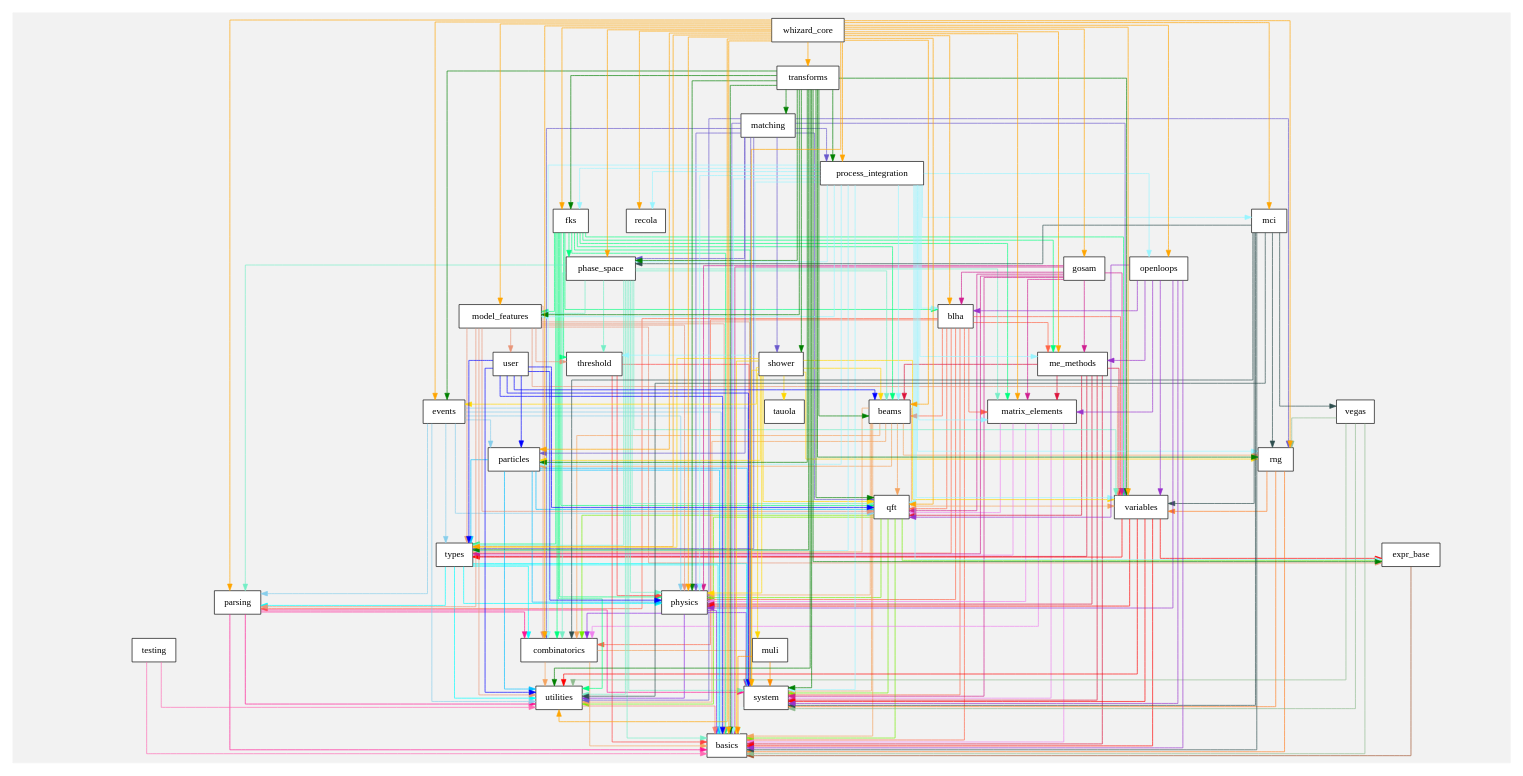
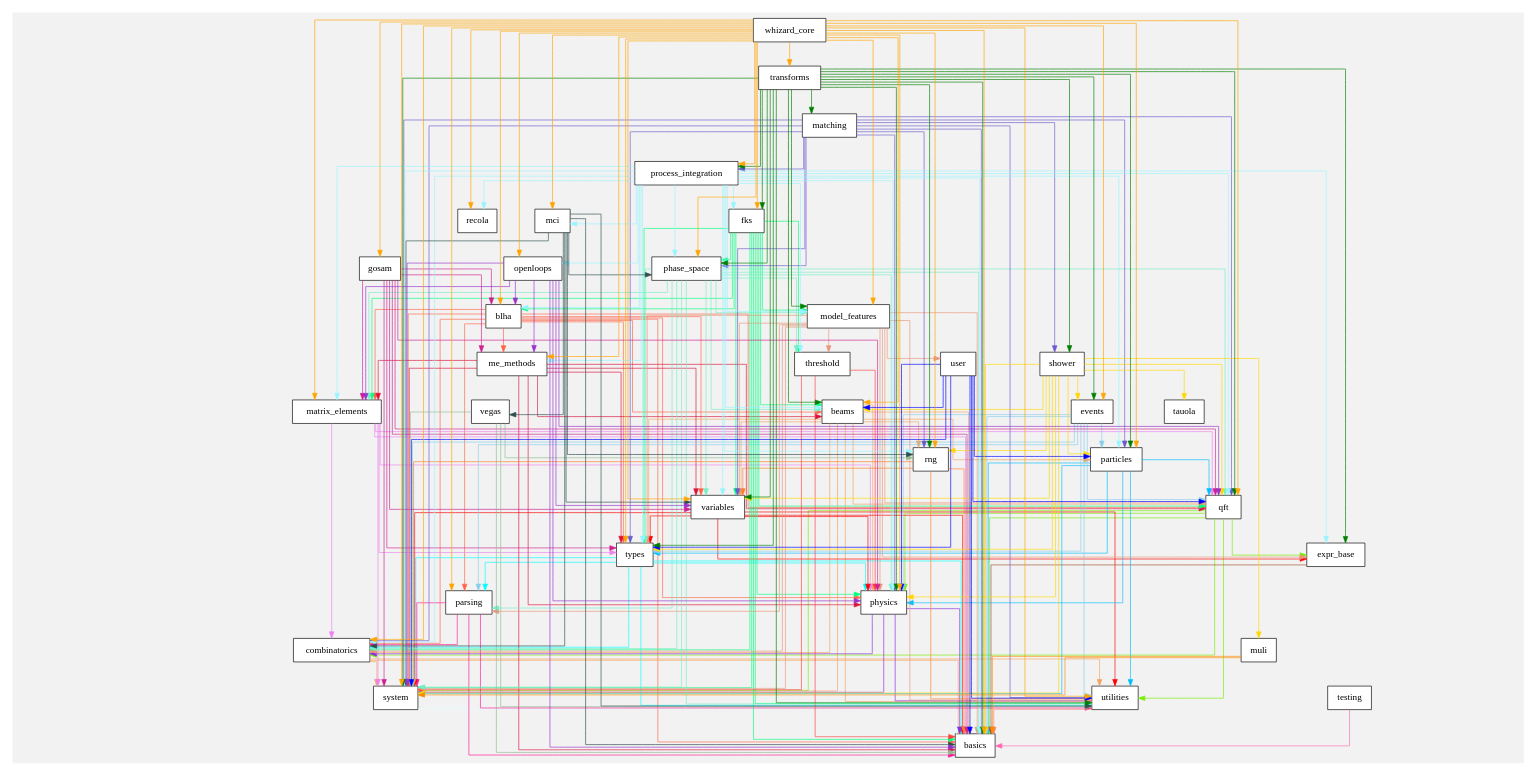
One commit to bendavid/whizard changed the diagram in share/doc/overview.dot. Above: the diagram before and after it, drawn with Graphviz. The commit also changed 1112 other files, not shown here.

```diff
--- a/share/doc/overview.dot
+++ b/share/doc/overview.dot
@@ -67,15 +67,14 @@
  color=gray95 
 edge[color=springgreen]
 fks -> beams
-fks -> model_features
 fks -> utilities
+fks -> blha
 fks -> threshold
 fks -> matrix_elements
-fks -> me_methods
 fks -> physics
 fks -> system
-fks -> blha
 fks -> variables
+fks -> model_features
 fks -> phase_space
 fks -> types
 fks -> basics
@@ -288,6 +287,7 @@
 rng -> variables
 rng -> basics
 rng -> system
+rng -> utilities
 }
 subgraph cluster0 {
  style=filled 
@@ -316,7 +316,6 @@
  style=filled 
  color=gray95 
 edge[color=hotpink]
-testing -> utilities
 testing -> basics
 }
 subgraph cluster0 {
@@ -340,13 +339,13 @@
 transforms -> variables
 transforms -> shower
 transforms -> system
-transforms -> expr_base
-transforms -> fks
+transforms -> physics
 transforms -> matching
 transforms -> utilities
 transforms -> model_features
 transforms -> particles
-transforms -> physics
+transforms -> expr_base
+transforms -> fks
 transforms -> events
 transforms -> types
 }
```
